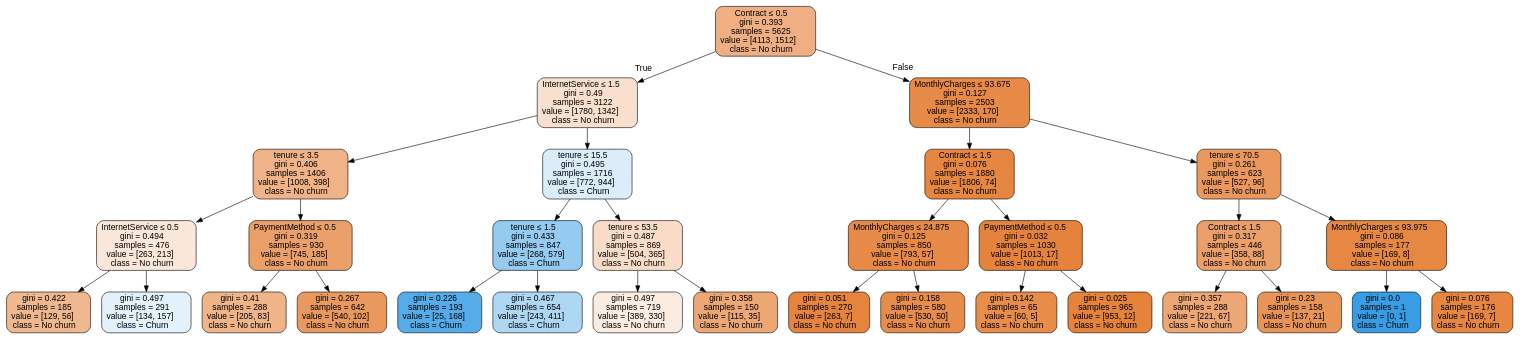
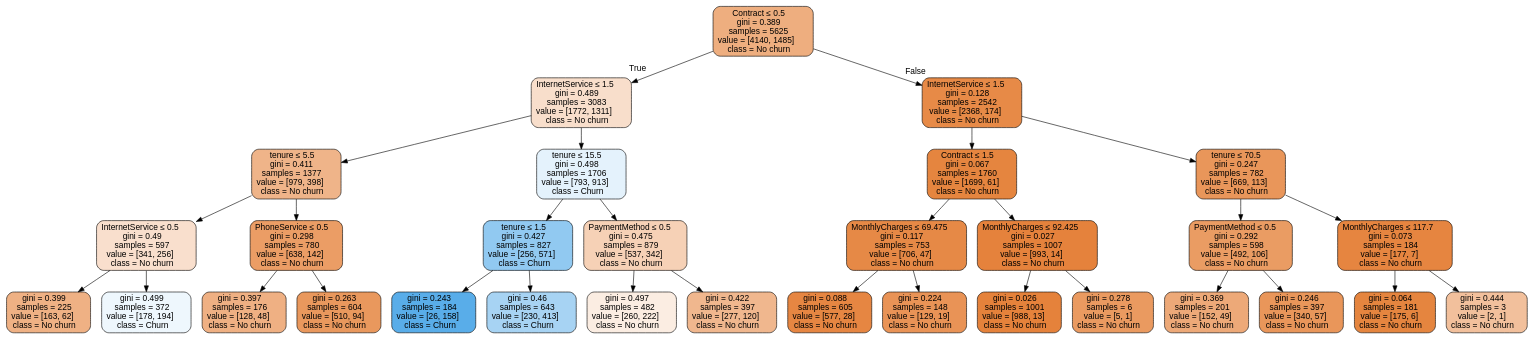
The diagram in decision_tree.gv (smarty1palak/Customer_Churn_Prediction), drawn with Graphviz before and after one commit. The commit also changed 5 other files, not shown here.

```diff
--- a/decision_tree.gv
+++ b/decision_tree.gv
@@ -1,65 +1,65 @@
 digraph Tree {
 node [shape=box, style="filled, rounded", color="black", fontname=helvetica] ;
 edge [fontname=helvetica] ;
-0 [label=<Contract &le; 0.5<br/>gini = 0.393<br/>samples = 5625<br/>value = [4113, 1512]<br/>class = No churn>, fillcolor="#efaf82"] ;
-1 [label=<InternetService &le; 1.5<br/>gini = 0.49<br/>samples = 3122<br/>value = [1780, 1342]<br/>class = No churn>, fillcolor="#f9e0ce"] ;
+0 [label=<Contract &le; 0.5<br/>gini = 0.389<br/>samples = 5625<br/>value = [4140, 1485]<br/>class = No churn>, fillcolor="#e58139a4"] ;
+1 [label=<InternetService &le; 1.5<br/>gini = 0.489<br/>samples = 3083<br/>value = [1772, 1311]<br/>class = No churn>, fillcolor="#e5813942"] ;
 0 -> 1 [labeldistance=2.5, labelangle=45, headlabel="True"] ;
-2 [label=<tenure &le; 3.5<br/>gini = 0.406<br/>samples = 1406<br/>value = [1008, 398]<br/>class = No churn>, fillcolor="#efb387"] ;
+2 [label=<tenure &le; 5.5<br/>gini = 0.411<br/>samples = 1377<br/>value = [979, 398]<br/>class = No churn>, fillcolor="#e5813997"] ;
 1 -> 2 ;
-3 [label=<InternetService &le; 0.5<br/>gini = 0.494<br/>samples = 476<br/>value = [263, 213]<br/>class = No churn>, fillcolor="#fae7d9"] ;
+3 [label=<InternetService &le; 0.5<br/>gini = 0.49<br/>samples = 597<br/>value = [341, 256]<br/>class = No churn>, fillcolor="#e5813940"] ;
 2 -> 3 ;
-4 [label=<gini = 0.422<br/>samples = 185<br/>value = [129, 56]<br/>class = No churn>, fillcolor="#f0b88f"] ;
+4 [label=<gini = 0.399<br/>samples = 225<br/>value = [163, 62]<br/>class = No churn>, fillcolor="#e581399e"] ;
 3 -> 4 ;
-5 [label=<gini = 0.497<br/>samples = 291<br/>value = [134, 157]<br/>class = Churn>, fillcolor="#e2f1fb"] ;
+5 [label=<gini = 0.499<br/>samples = 372<br/>value = [178, 194]<br/>class = Churn>, fillcolor="#399de515"] ;
 3 -> 5 ;
-6 [label=<PaymentMethod &le; 0.5<br/>gini = 0.319<br/>samples = 930<br/>value = [745, 185]<br/>class = No churn>, fillcolor="#eba06a"] ;
+6 [label=<PhoneService &le; 0.5<br/>gini = 0.298<br/>samples = 780<br/>value = [638, 142]<br/>class = No churn>, fillcolor="#e58139c6"] ;
 2 -> 6 ;
-7 [label=<gini = 0.41<br/>samples = 288<br/>value = [205, 83]<br/>class = No churn>, fillcolor="#f0b489"] ;
+7 [label=<gini = 0.397<br/>samples = 176<br/>value = [128, 48]<br/>class = No churn>, fillcolor="#e581399f"] ;
 6 -> 7 ;
-8 [label=<gini = 0.267<br/>samples = 642<br/>value = [540, 102]<br/>class = No churn>, fillcolor="#ea995e"] ;
+8 [label=<gini = 0.263<br/>samples = 604<br/>value = [510, 94]<br/>class = No churn>, fillcolor="#e58139d0"] ;
 6 -> 8 ;
-9 [label=<tenure &le; 15.5<br/>gini = 0.495<br/>samples = 1716<br/>value = [772, 944]<br/>class = Churn>, fillcolor="#dbedfa"] ;
+9 [label=<tenure &le; 15.5<br/>gini = 0.498<br/>samples = 1706<br/>value = [793, 913]<br/>class = Churn>, fillcolor="#399de522"] ;
 1 -> 9 ;
-10 [label=<tenure &le; 1.5<br/>gini = 0.433<br/>samples = 847<br/>value = [268, 579]<br/>class = Churn>, fillcolor="#95caf1"] ;
+10 [label=<tenure &le; 1.5<br/>gini = 0.427<br/>samples = 827<br/>value = [256, 571]<br/>class = Churn>, fillcolor="#399de58d"] ;
 9 -> 10 ;
-11 [label=<gini = 0.226<br/>samples = 193<br/>value = [25, 168]<br/>class = Churn>, fillcolor="#56ace9"] ;
+11 [label=<gini = 0.243<br/>samples = 184<br/>value = [26, 158]<br/>class = Churn>, fillcolor="#399de5d5"] ;
 10 -> 11 ;
-12 [label=<gini = 0.467<br/>samples = 654<br/>value = [243, 411]<br/>class = Churn>, fillcolor="#aed7f4"] ;
+12 [label=<gini = 0.46<br/>samples = 643<br/>value = [230, 413]<br/>class = Churn>, fillcolor="#399de571"] ;
 10 -> 12 ;
-13 [label=<tenure &le; 53.5<br/>gini = 0.487<br/>samples = 869<br/>value = [504, 365]<br/>class = No churn>, fillcolor="#f8dcc8"] ;
+13 [label=<PaymentMethod &le; 0.5<br/>gini = 0.475<br/>samples = 879<br/>value = [537, 342]<br/>class = No churn>, fillcolor="#e581395d"] ;
 9 -> 13 ;
-14 [label=<gini = 0.497<br/>samples = 719<br/>value = [389, 330]<br/>class = No churn>, fillcolor="#fbece1"] ;
+14 [label=<gini = 0.497<br/>samples = 482<br/>value = [260, 222]<br/>class = No churn>, fillcolor="#e5813925"] ;
 13 -> 14 ;
-15 [label=<gini = 0.358<br/>samples = 150<br/>value = [115, 35]<br/>class = No churn>, fillcolor="#eda775"] ;
+15 [label=<gini = 0.422<br/>samples = 397<br/>value = [277, 120]<br/>class = No churn>, fillcolor="#e5813991"] ;
 13 -> 15 ;
-16 [label=<MonthlyCharges &le; 93.675<br/>gini = 0.127<br/>samples = 2503<br/>value = [2333, 170]<br/>class = No churn>, fillcolor="#e78a47"] ;
+16 [label=<InternetService &le; 1.5<br/>gini = 0.128<br/>samples = 2542<br/>value = [2368, 174]<br/>class = No churn>, fillcolor="#e58139ec"] ;
 0 -> 16 [labeldistance=2.5, labelangle=-45, headlabel="False"] ;
-17 [label=<Contract &le; 1.5<br/>gini = 0.076<br/>samples = 1880<br/>value = [1806, 74]<br/>class = No churn>, fillcolor="#e68641"] ;
+17 [label=<Contract &le; 1.5<br/>gini = 0.067<br/>samples = 1760<br/>value = [1699, 61]<br/>class = No churn>, fillcolor="#e58139f6"] ;
 16 -> 17 ;
-18 [label=<MonthlyCharges &le; 24.875<br/>gini = 0.125<br/>samples = 850<br/>value = [793, 57]<br/>class = No churn>, fillcolor="#e78a47"] ;
+18 [label=<MonthlyCharges &le; 69.475<br/>gini = 0.117<br/>samples = 753<br/>value = [706, 47]<br/>class = No churn>, fillcolor="#e58139ee"] ;
 17 -> 18 ;
-19 [label=<gini = 0.051<br/>samples = 270<br/>value = [263, 7]<br/>class = No churn>, fillcolor="#e6843e"] ;
+19 [label=<gini = 0.088<br/>samples = 605<br/>value = [577, 28]<br/>class = No churn>, fillcolor="#e58139f3"] ;
 18 -> 19 ;
-20 [label=<gini = 0.158<br/>samples = 580<br/>value = [530, 50]<br/>class = No churn>, fillcolor="#e78d4c"] ;
+20 [label=<gini = 0.224<br/>samples = 148<br/>value = [129, 19]<br/>class = No churn>, fillcolor="#e58139d9"] ;
 18 -> 20 ;
-21 [label=<PaymentMethod &le; 0.5<br/>gini = 0.032<br/>samples = 1030<br/>value = [1013, 17]<br/>class = No churn>, fillcolor="#e5833c"] ;
+21 [label=<MonthlyCharges &le; 92.425<br/>gini = 0.027<br/>samples = 1007<br/>value = [993, 14]<br/>class = No churn>, fillcolor="#e58139fb"] ;
 17 -> 21 ;
-22 [label=<gini = 0.142<br/>samples = 65<br/>value = [60, 5]<br/>class = No churn>, fillcolor="#e78c49"] ;
+22 [label=<gini = 0.026<br/>samples = 1001<br/>value = [988, 13]<br/>class = No churn>, fillcolor="#e58139fc"] ;
 21 -> 22 ;
-23 [label=<gini = 0.025<br/>samples = 965<br/>value = [953, 12]<br/>class = No churn>, fillcolor="#e5833b"] ;
+23 [label=<gini = 0.278<br/>samples = 6<br/>value = [5, 1]<br/>class = No churn>, fillcolor="#e58139cc"] ;
 21 -> 23 ;
-24 [label=<tenure &le; 70.5<br/>gini = 0.261<br/>samples = 623<br/>value = [527, 96]<br/>class = No churn>, fillcolor="#ea985d"] ;
+24 [label=<tenure &le; 70.5<br/>gini = 0.247<br/>samples = 782<br/>value = [669, 113]<br/>class = No churn>, fillcolor="#e58139d4"] ;
 16 -> 24 ;
-25 [label=<Contract &le; 1.5<br/>gini = 0.317<br/>samples = 446<br/>value = [358, 88]<br/>class = No churn>, fillcolor="#eba06a"] ;
+25 [label=<PaymentMethod &le; 0.5<br/>gini = 0.292<br/>samples = 598<br/>value = [492, 106]<br/>class = No churn>, fillcolor="#e58139c8"] ;
 24 -> 25 ;
-26 [label=<gini = 0.357<br/>samples = 288<br/>value = [221, 67]<br/>class = No churn>, fillcolor="#eda775"] ;
+26 [label=<gini = 0.369<br/>samples = 201<br/>value = [152, 49]<br/>class = No churn>, fillcolor="#e58139ad"] ;
 25 -> 26 ;
-27 [label=<gini = 0.23<br/>samples = 158<br/>value = [137, 21]<br/>class = No churn>, fillcolor="#e99457"] ;
+27 [label=<gini = 0.246<br/>samples = 397<br/>value = [340, 57]<br/>class = No churn>, fillcolor="#e58139d4"] ;
 25 -> 27 ;
-28 [label=<MonthlyCharges &le; 93.975<br/>gini = 0.086<br/>samples = 177<br/>value = [169, 8]<br/>class = No churn>, fillcolor="#e68742"] ;
+28 [label=<MonthlyCharges &le; 117.7<br/>gini = 0.073<br/>samples = 184<br/>value = [177, 7]<br/>class = No churn>, fillcolor="#e58139f5"] ;
 24 -> 28 ;
-29 [label=<gini = 0.0<br/>samples = 1<br/>value = [0, 1]<br/>class = Churn>, fillcolor="#399de5"] ;
+29 [label=<gini = 0.064<br/>samples = 181<br/>value = [175, 6]<br/>class = No churn>, fillcolor="#e58139f6"] ;
 28 -> 29 ;
-30 [label=<gini = 0.076<br/>samples = 176<br/>value = [169, 7]<br/>class = No churn>, fillcolor="#e68641"] ;
+30 [label=<gini = 0.444<br/>samples = 3<br/>value = [2, 1]<br/>class = No churn>, fillcolor="#e581397f"] ;
 28 -> 30 ;
 }
```
